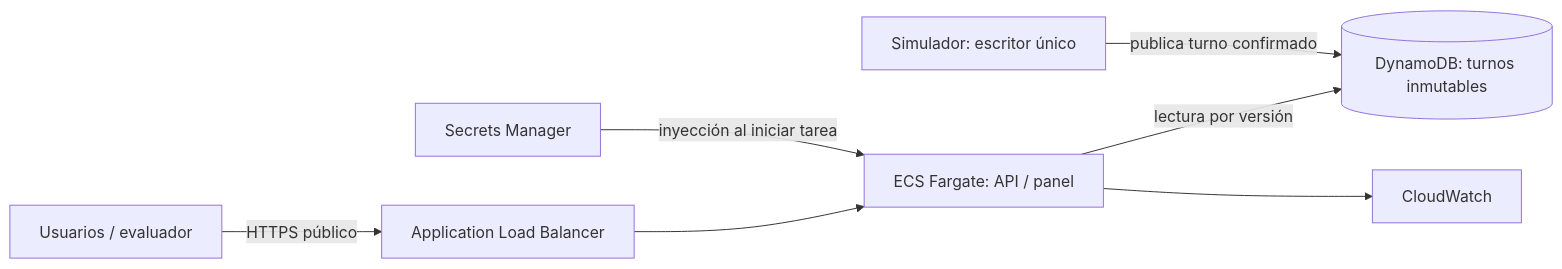
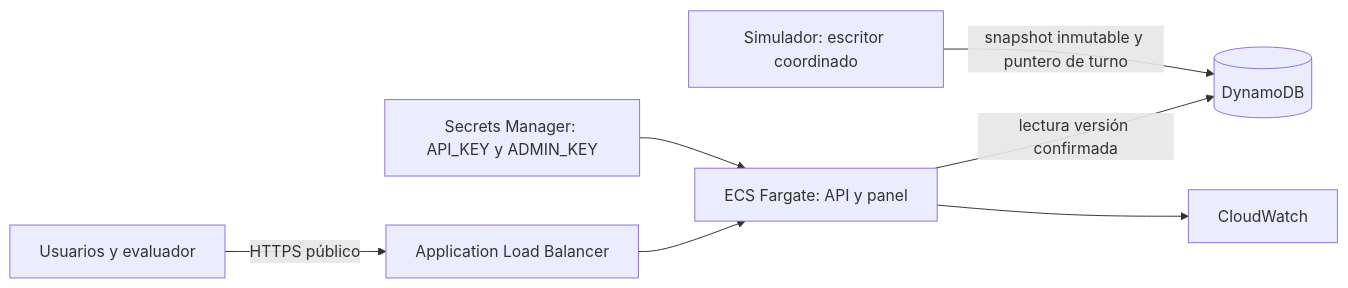
The second of 2 diagrams in docs/arquitectura.md (cvillao1/hackthon), drawn with Mermaid before and after one commit. The commit also changed other lines of this file and 11 other files, not shown here.

````diff
--- a/docs/arquitectura.md
+++ b/docs/arquitectura.md
@@ -18,9 +25,9 @@
 ```mermaid
 flowchart LR
-  Public[Usuarios / evaluador] -->|HTTPS público| ALB[Application Load Balancer]
-  ALB --> ECS[ECS Fargate: API / panel]
-  ECS -->|lectura por versión| DB[(DynamoDB: turnos inmutables)]
-  Sim[Simulador: escritor único] -->|publica turno confirmado| DB
+  Public[Usuarios y evaluador] -->|HTTPS público| ALB[Application Load Balancer]
+  ALB --> ECS[ECS Fargate: API y panel]
+  ECS -->|lectura versión confirmada| DB[(DynamoDB)]
+  Sim[Simulador: escritor coordinado] -->|snapshot inmutable y puntero de turno| DB
+  Secrets[Secrets Manager: API_KEY y ADMIN_KEY] --> ECS
   ECS --> CW[CloudWatch]
-  SM[Secrets Manager] -->|inyección al iniciar tarea| ECS
 ```
````
